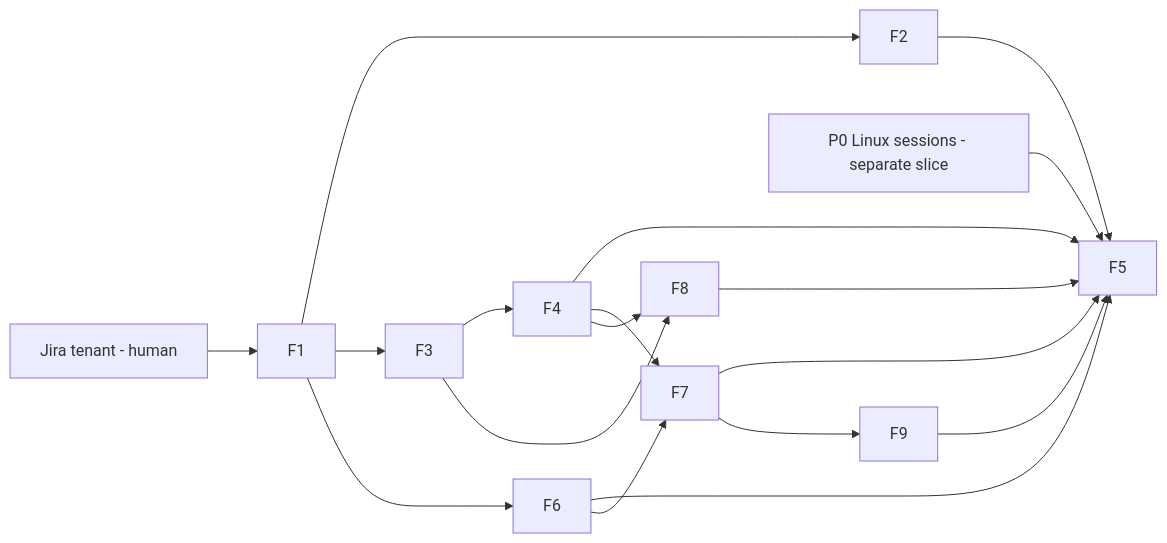
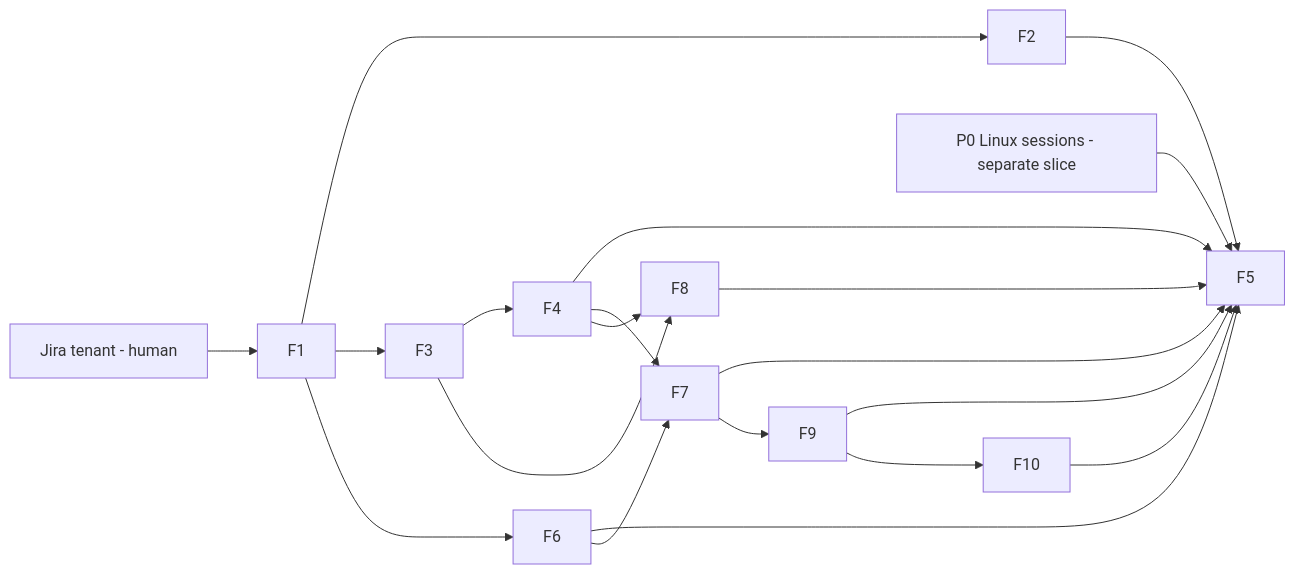
Before and after one commit to sensei-hq/sensei: the diagram in docs/plans/2026-10-15-tracker-jira-linkage.md, drawn with Mermaid. The commit also changed other lines of this file and 15 other files, not shown here.

````diff
--- a/docs/plans/2026-10-15-tracker-jira-linkage.md
+++ b/docs/plans/2026-10-15-tracker-jira-linkage.md
@@ -140,19 +147,21 @@
 ```mermaid
 graph LR
   T[Jira tenant - human] --> F1
   F1 --> F2
   F1 --> F3 --> F4
   P0[P0 Linux sessions - separate slice] --> F5
   F2 --> F5
   F4 --> F5
   F1 --> F6
   F6 --> F5
   F4 --> F7
   F6 --> F7
   F7 --> F5
   F3 --> F8
   F4 --> F8
   F8 --> F5
   F7 --> F9
   F9 --> F5
+  F9 --> F10
+  F10 --> F5
 ```
````
